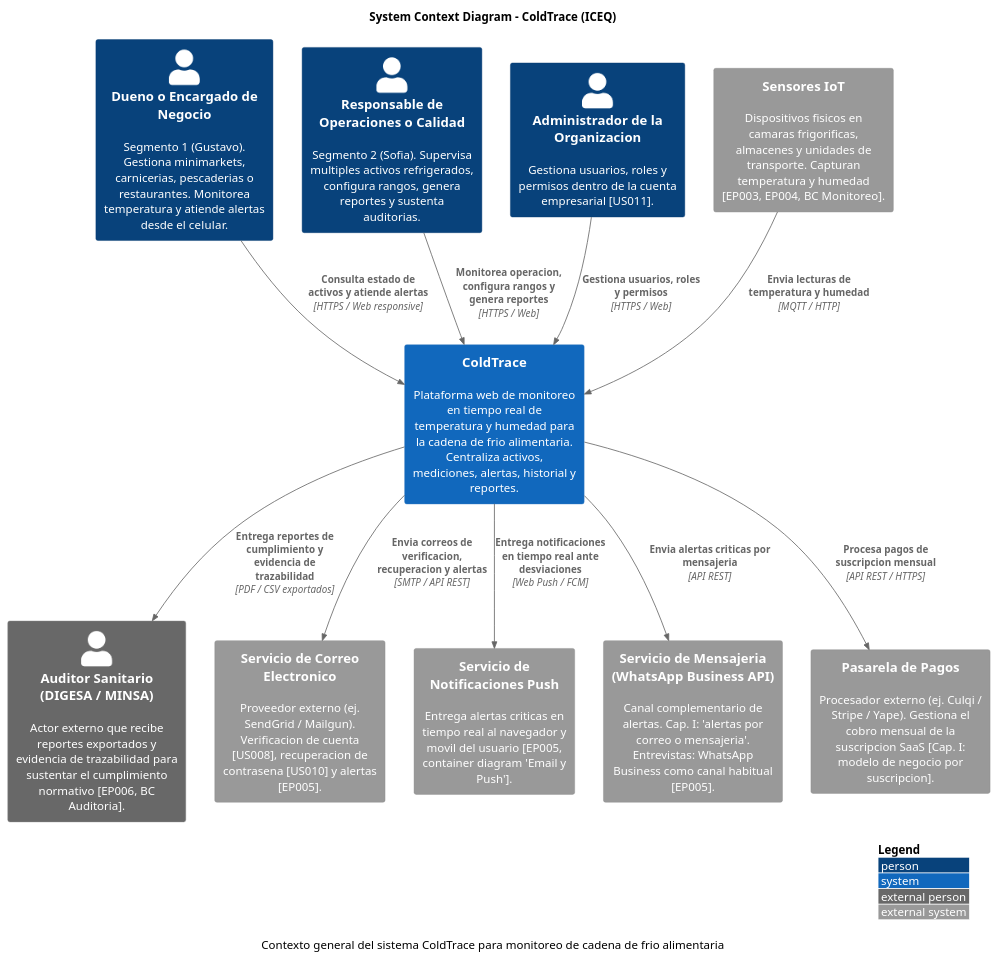
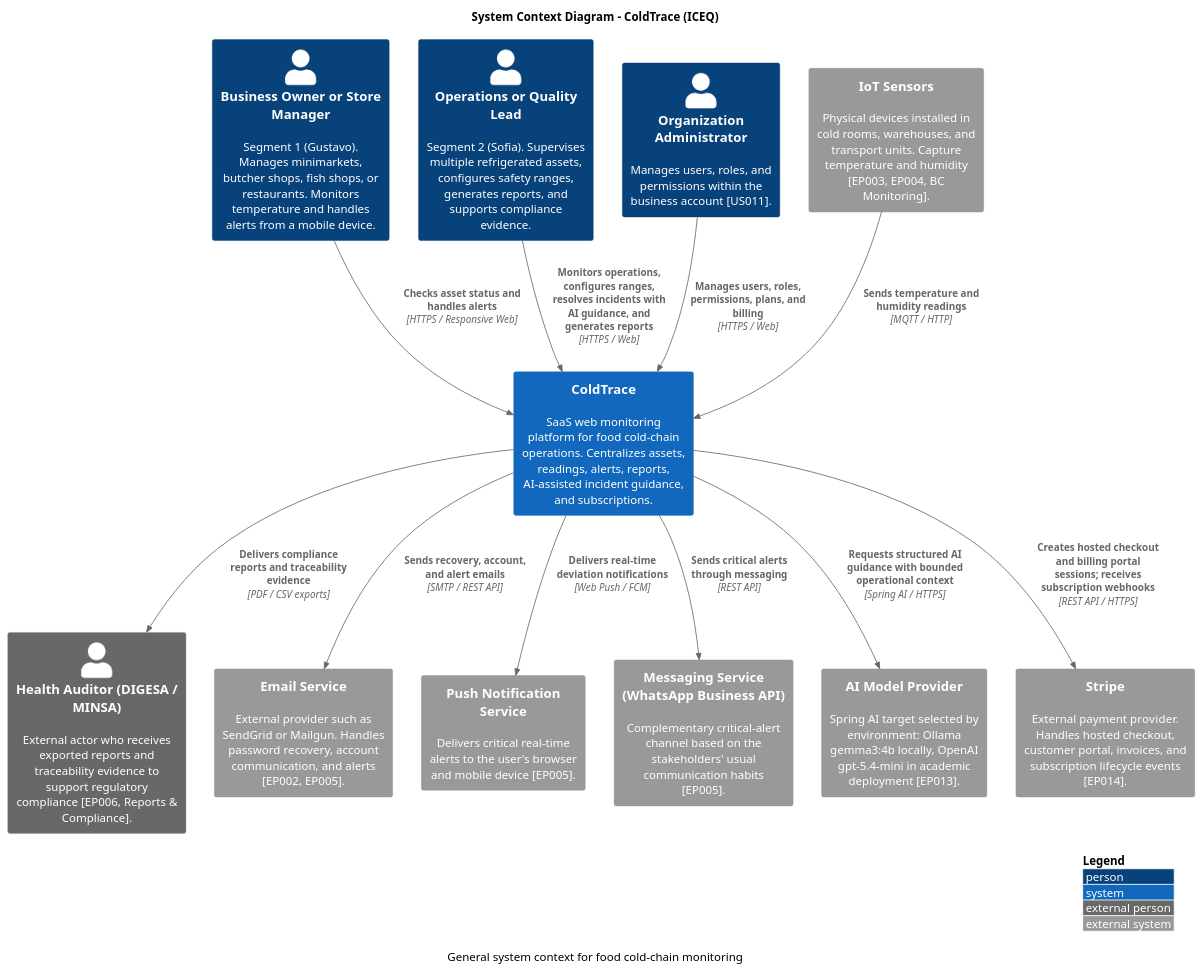
One commit to ICEQ2026/informe-del-proyecto changed the diagram in report/assets/chapter-04/contextdiagram/contextdiagram.puml. Above: the diagram before and after it, drawn with PlantUML. The commit also changed 48 other files, not shown here.

```diff
--- a/report/assets/chapter-04/contextdiagram/contextdiagram.puml
+++ b/report/assets/chapter-04/contextdiagram/contextdiagram.puml
@@ -1,55 +1,51 @@
-@startuml ColdTrace-Context-Diagram
+@startuml
 !include https://raw.githubusercontent.com/plantuml-stdlib/C4-PlantUML/master/C4_Context.puml
 
 title System Context Diagram - ColdTrace (ICEQ)
-caption Contexto general del sistema ColdTrace para monitoreo de cadena de frio alimentaria
+caption General system context for food cold-chain monitoring
 
 LAYOUT_WITH_LEGEND()
 LAYOUT_TOP_DOWN()
 
-' Actores principales del sistema
-' Alineados con los segmentos objetivo y con los contextos principales del dominio.
-Person(duenio, "Dueno o Encargado de Negocio", "Segmento 1 (Gustavo). Gestiona minimarkets, carnicerias, pescaderias o restaurantes. Monitorea temperatura y atiende alertas desde el celular.")
+' Main actors
+Person(owner, "Business Owner or Store Manager", "Segment 1 (Gustavo). Manages minimarkets, butcher shops, fish shops, or restaurants. Monitors temperature and handles alerts from a mobile device.")
 
-Person(responsable, "Responsable de Operaciones o Calidad", "Segmento 2 (Sofia). Supervisa multiples activos refrigerados, configura rangos, genera reportes y sustenta auditorias.")
+Person(operations_lead, "Operations or Quality Lead", "Segment 2 (Sofia). Supervises multiple refrigerated assets, configures safety ranges, generates reports, and supports compliance evidence.")
 
-Person(admin, "Administrador de la Organizacion", "Gestiona usuarios, roles y permisos dentro de la cuenta empresarial [US011].")
+Person(admin, "Organization Administrator", "Manages users, roles, and permissions within the business account [US011].")
 
-Person_Ext(auditor, "Auditor Sanitario (DIGESA / MINSA)", "Actor externo que recibe reportes exportados y evidencia de trazabilidad para sustentar el cumplimiento normativo [EP006, BC Auditoria].")
+Person_Ext(auditor, "Health Auditor (DIGESA / MINSA)", "External actor who receives exported reports and traceability evidence to support regulatory compliance [EP006, Reports & Compliance].")
 
-' Sistema principal
-System(coldtrace, "ColdTrace", "Plataforma web de monitoreo en tiempo real de temperatura y humedad para la cadena de frio alimentaria. Centraliza activos, mediciones, alertas, historial y reportes.")
+' Main system
+System(coldtrace, "ColdTrace", "SaaS web monitoring platform for food cold-chain operations. Centralizes assets, readings, alerts, reports, AI-assisted incident guidance, and subscriptions.")
 
-' Servicios y sistemas externos
-System_Ext(sensores, "Sensores IoT", "Dispositivos fisicos en camaras frigorificas, almacenes y unidades de transporte. Capturan temperatura y humedad [EP003, EP004, BC Monitoreo].")
+' External systems
+System_Ext(sensors, "IoT Sensors", "Physical devices installed in cold rooms, warehouses, and transport units. Capture temperature and humidity [EP003, EP004, BC Monitoring].")
 
-System_Ext(email, "Servicio de Correo Electronico", "Proveedor externo (ej. SendGrid / Mailgun). Verificacion de cuenta [US008], recuperacion de contrasena [US010] y alertas [EP005].")
+System_Ext(email, "Email Service", "External provider such as SendGrid or Mailgun. Handles password recovery, account communication, and alerts [EP002, EP005].")
 
-System_Ext(push, "Servicio de Notificaciones Push", "Entrega alertas criticas en tiempo real al navegador y movil del usuario [EP005, container diagram 'Email y Push'].")
+System_Ext(push, "Push Notification Service", "Delivers critical real-time alerts to the user's browser and mobile device [EP005].")
 
-System_Ext(whatsapp, "Servicio de Mensajeria (WhatsApp Business API)", "Canal complementario de alertas. Cap. I: 'alertas por correo o mensajeria'. Entrevistas: WhatsApp Business como canal habitual [EP005].")
+System_Ext(whatsapp, "Messaging Service (WhatsApp Business API)", "Complementary critical-alert channel based on the stakeholders' usual communication habits [EP005].")
 
-System_Ext(pagos, "Pasarela de Pagos", "Procesador externo (ej. Culqi / Stripe / Yape). Gestiona el cobro mensual de la suscripcion SaaS [Cap. I: modelo de negocio por suscripcion].")
+System_Ext(ai_provider, "AI Model Provider", "Spring AI target selected by environment: Ollama gemma3:4b locally, OpenAI gpt-5.4-mini in academic deployment [EP013].")
 
-' Relaciones principales
+System_Ext(stripe, "Stripe", "External payment provider. Handles hosted checkout, customer portal, invoices, and subscription lifecycle events [EP014].")
 
-' Actores internos hacia ColdTrace
-Rel(duenio, coldtrace, "Consulta estado de activos y atiende alertas", "HTTPS / Web responsive")
-Rel(responsable, coldtrace, "Monitorea operacion, configura rangos y genera reportes", "HTTPS / Web")
-Rel(admin, coldtrace, "Gestiona usuarios, roles y permisos", "HTTPS / Web")
+' Main relationships
+Rel(owner, coldtrace, "Checks asset status and handles alerts", "HTTPS / Responsive Web")
+Rel(operations_lead, coldtrace, "Monitors operations, configures ranges, resolves incidents with AI guidance, and generates reports", "HTTPS / Web")
+Rel(admin, coldtrace, "Manages users, roles, permissions, plans, and billing", "HTTPS / Web")
 
-' Entrega de información a actores externos
-Rel(coldtrace, auditor, "Entrega reportes de cumplimiento y evidencia de trazabilidad", "PDF / CSV exportados")
+Rel(coldtrace, auditor, "Delivers compliance reports and traceability evidence", "PDF / CSV exports")
 
-' Ingreso de lecturas desde sensores
-Rel(sensores, coldtrace, "Envia lecturas de temperatura y humedad", "MQTT / HTTP")
+Rel(sensors, coldtrace, "Sends temperature and humidity readings", "MQTT / HTTP")
 
-' Salida hacia servicios de notificación
-Rel(coldtrace, email, "Envia correos de verificacion, recuperacion y alertas", "SMTP / API REST")
-Rel(coldtrace, push, "Entrega notificaciones en tiempo real ante desviaciones", "Web Push / FCM")
-Rel(coldtrace, whatsapp, "Envia alertas criticas por mensajeria", "API REST")
+Rel(coldtrace, email, "Sends recovery, account, and alert emails", "SMTP / REST API")
+Rel(coldtrace, push, "Delivers real-time deviation notifications", "Web Push / FCM")
+Rel(coldtrace, whatsapp, "Sends critical alerts through messaging", "REST API")
 
-' Integración con la pasarela de pagos
-Rel(coldtrace, pagos, "Procesa pagos de suscripcion mensual", "API REST / HTTPS")
+Rel(coldtrace, ai_provider, "Requests structured AI guidance with bounded operational context", "Spring AI / HTTPS")
+Rel(coldtrace, stripe, "Creates hosted checkout and billing portal sessions; receives subscription webhooks", "REST API / HTTPS")
 
 @enduml
```
